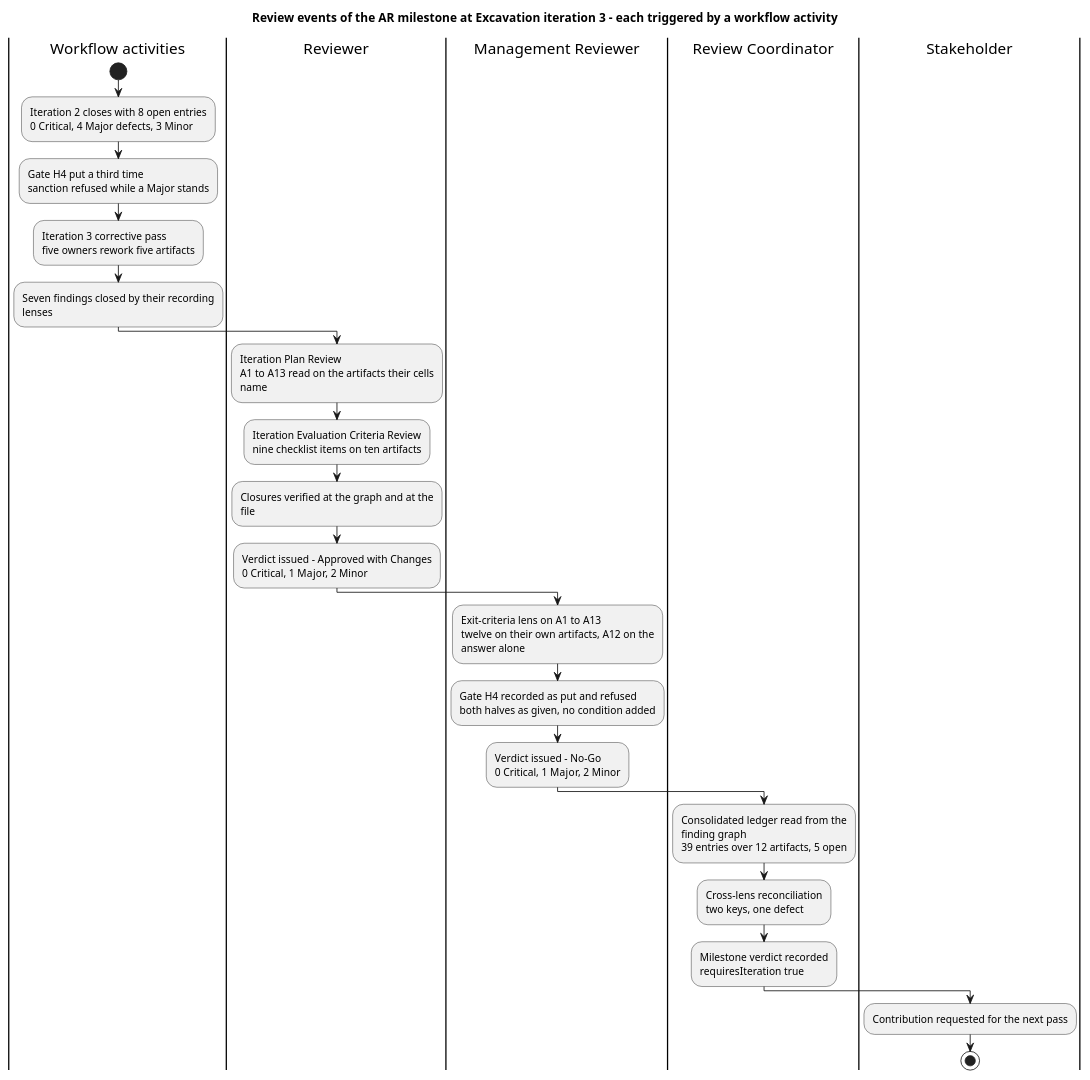
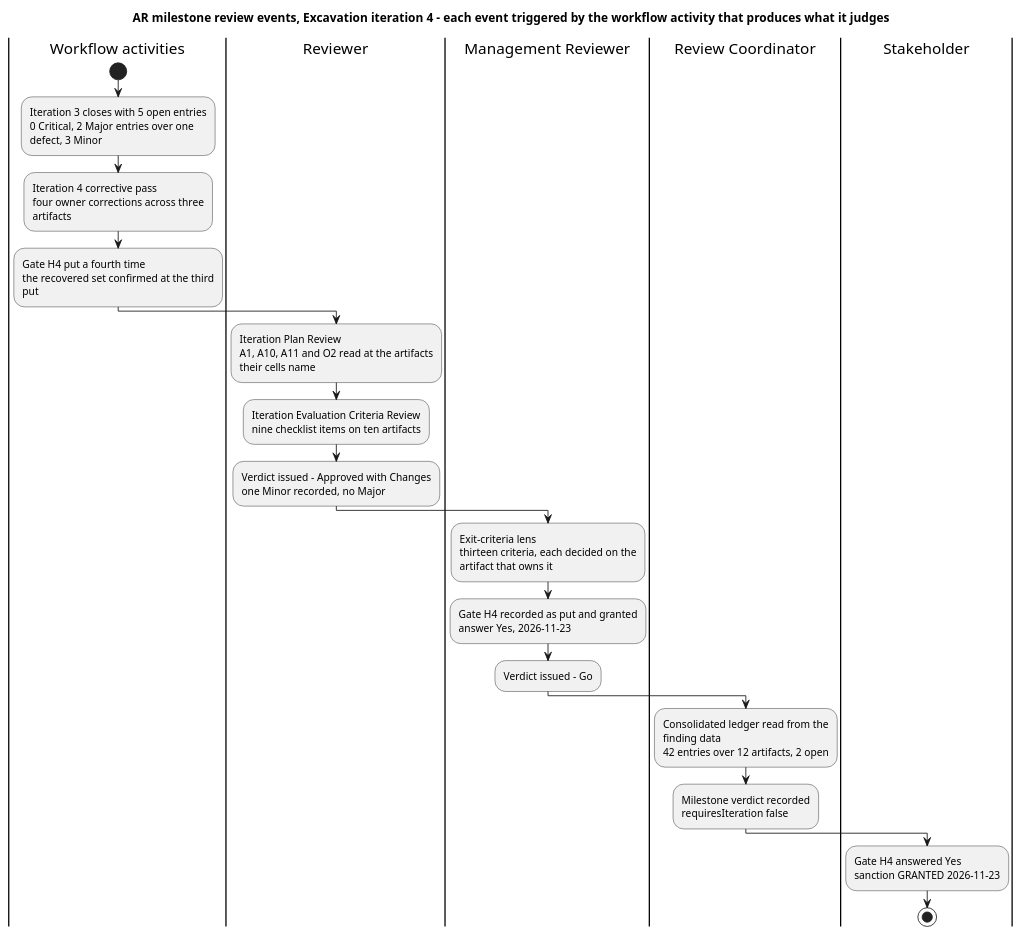
The fourth of 12 diagrams in docs/artifacts/project-management/review-record.md (banense-test/TodoApp), drawn with PlantUML before and after one commit. The commit also changed other lines of this file, not shown here.

Commit message:
Review Coordinator [Excavation4]: upsert Review Record
[skip ci]

````diff
--- a/docs/artifacts/project-management/review-record.md
+++ b/docs/artifacts/project-management/review-record.md
@@ -309,48 +307,42 @@
 ```plantuml
 @startuml
-title Review events of the AR milestone at Excavation iteration 3 - each triggered by a workflow activity
-
+title AR milestone review events, Excavation iteration 4 - each event triggered by the workflow activity that produces what it judges
 skinparam shadowing false
-skinparam wrapWidth 235
+skinparam wrapWidth 230
 
 |Workflow activities|
 start
-:Iteration 2 closes with 8 open entries
-0 Critical, 4 Major defects, 3 Minor;
-:Gate H4 put a third time
-sanction refused while a Major stands;
-:Iteration 3 corrective pass
-five owners rework five artifacts;
-:Seven findings closed by their recording lenses;
+:Iteration 3 closes with 5 open entries
+0 Critical, 2 Major entries over one defect, 3 Minor;
+:Iteration 4 corrective pass
+four owner corrections across three artifacts;
+:Gate H4 put a fourth time
+the recovered set confirmed at the third put;
 
 |Reviewer|
 :Iteration Plan Review
-A1 to A13 read on the artifacts their cells name;
+A1, A10, A11 and O2 read at the artifacts their cells name;
 :Iteration Evaluation Criteria Review
 nine checklist items on ten artifacts;
-:Closures verified at the graph and at the file;
 :Verdict issued - Approved with Changes
-0 Critical, 1 Major, 2 Minor;
+one Minor recorded, no Major;
 
 |Management Reviewer|
-:Exit-criteria lens on A1 to A13
-twelve on their own artifacts, A12 on the answer alone;
-:Gate H4 recorded as put and refused
-both halves as given, no condition added;
-:Verdict issued - No-Go
-0 Critical, 1 Major, 2 Minor;
+:Exit-criteria lens
+thirteen criteria, each decided on the artifact that owns it;
+:Gate H4 recorded as put and granted
+answer Yes, 2026-11-23;
+:Verdict issued - Go;
 
 |Review Coordinator|
-:Consolidated ledger read from the finding graph
-39 entries over 12 artifacts, 5 open;
-:Cross-lens reconciliation
-two keys, one defect;
+:Consolidated ledger read from the finding data
+42 entries over 12 artifacts, 2 open;
 :Milestone verdict recorded
-requiresIteration true;
+requiresIteration false;
 
 |Stakeholder|
-:Contribution requested for the next pass;
+:Gate H4 answered Yes
+sanction GRANTED 2026-11-23;
 stop
-
 @enduml
 ```
````
